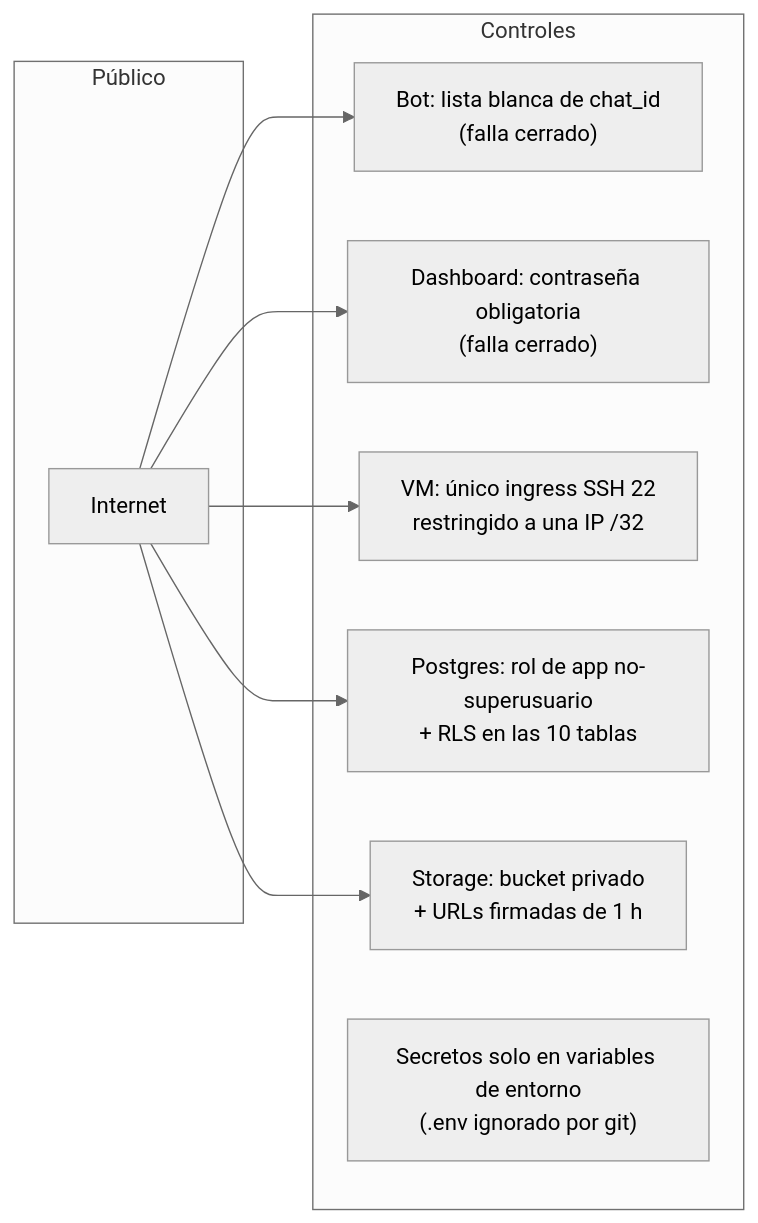
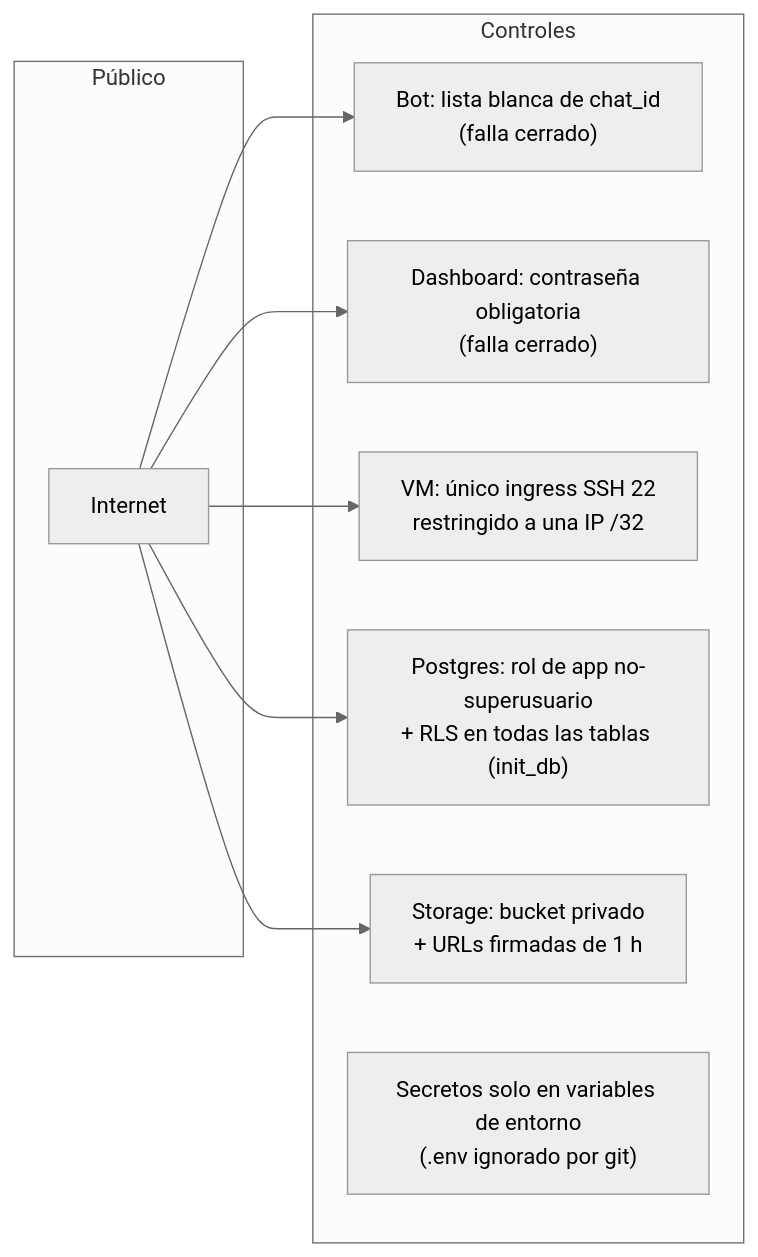
Before and after one commit to Javier3921/Finance: diagram 11 of 11 in docs/ANALISIS_TECNICO.md, drawn with Mermaid (neutral theme). The commit also changed other lines of this file and 3 other files, not shown here.

````diff
--- a/docs/ANALISIS_TECNICO.md
+++ b/docs/ANALISIS_TECNICO.md
@@ -547,19 +564,19 @@
 ```mermaid
 flowchart LR
     subgraph Público
         A["Internet"]
     end
     subgraph Controles
         C0["Bot: lista blanca de chat_id<br/>(falla cerrado)"]
         C1["Dashboard: contraseña obligatoria<br/>(falla cerrado)"]
         C2["VM: único ingress SSH 22<br/>restringido a una IP /32"]
-        C3["Postgres: rol de app no-superusuario<br/>+ RLS en las 10 tablas"]
+        C3["Postgres: rol de app no-superusuario<br/>+ RLS en todas las tablas (init_db)"]
         C4["Storage: bucket privado<br/>+ URLs firmadas de 1 h"]
         C5["Secretos solo en variables de entorno<br/>(.env ignorado por git)"]
     end
     A --> C0
     A --> C1
     A --> C2
     A --> C3
     A --> C4
 ```
````
